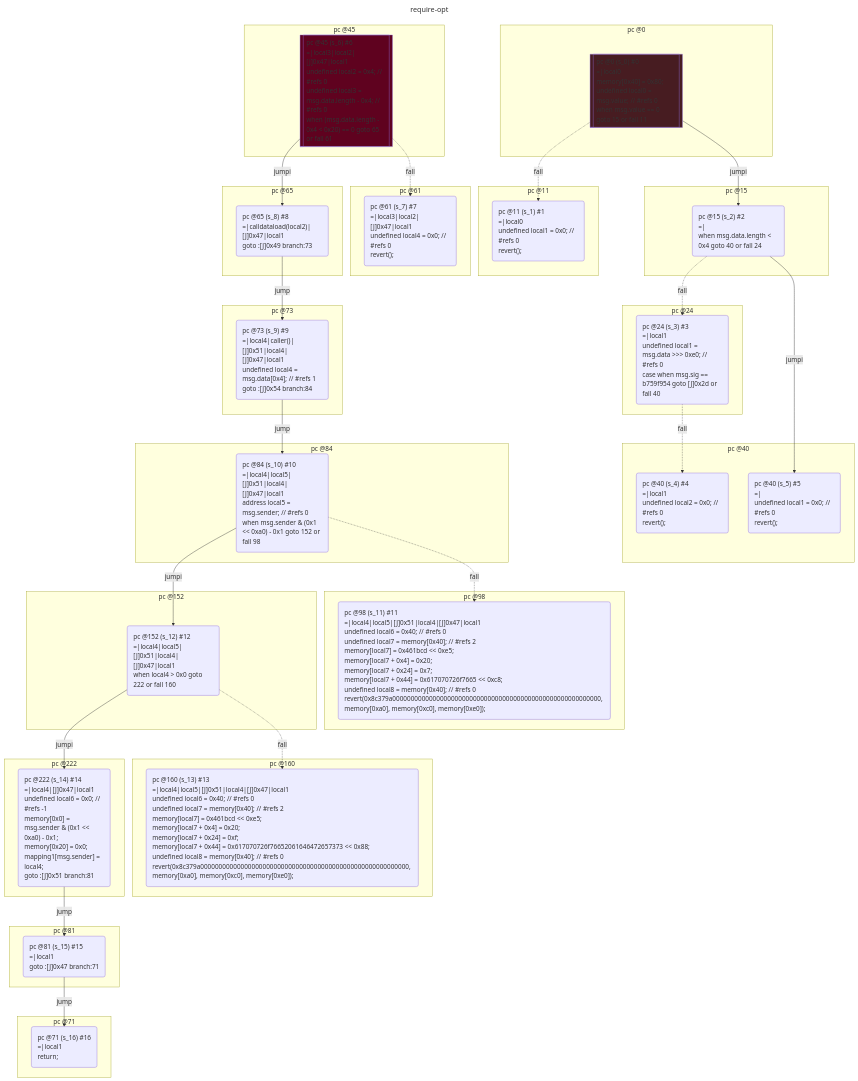
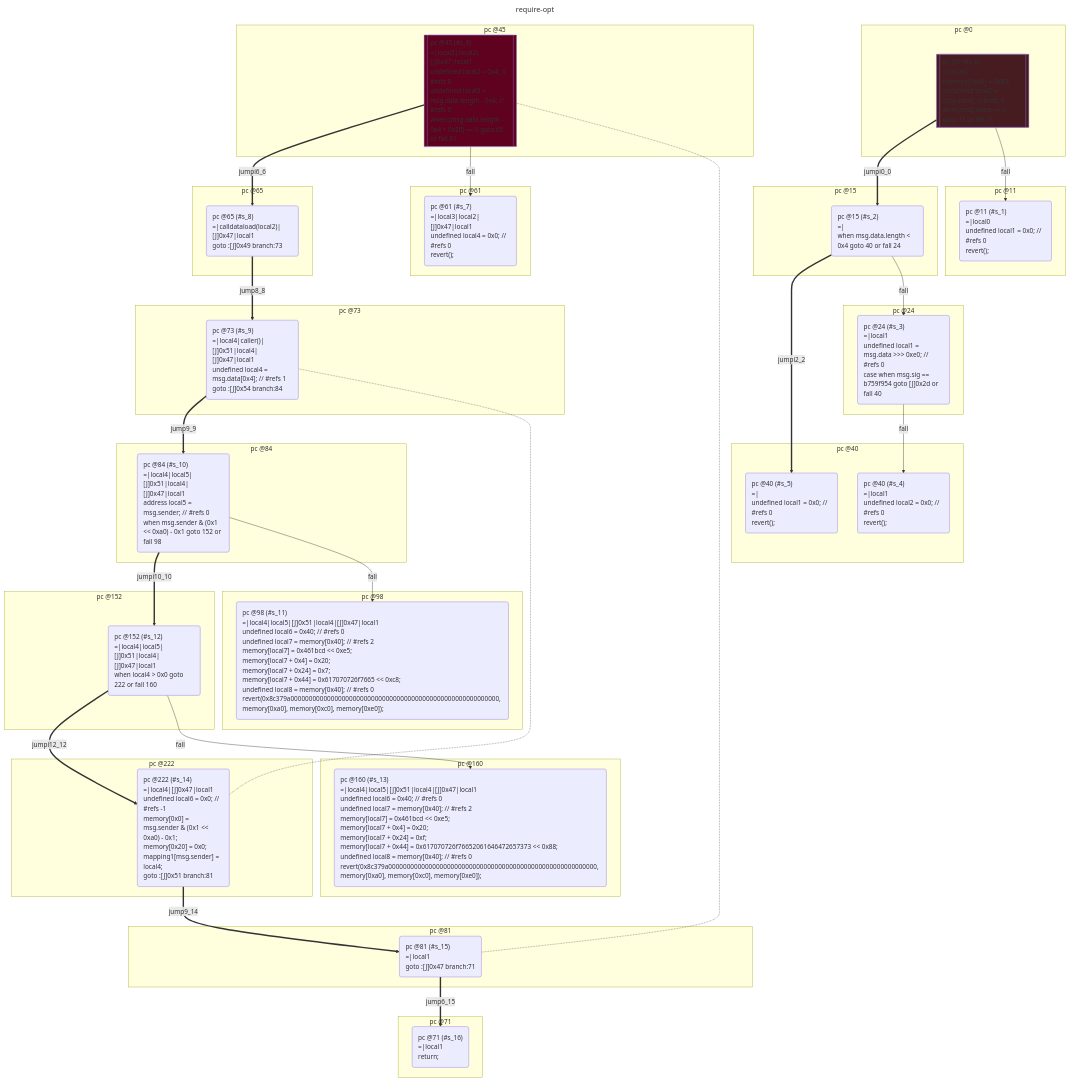
Before and after one commit to acuarica/evm: the second of 2 diagrams in test/__snapshots__/contracts/control/require.snap.md, drawn with Mermaid. The commit also changed other lines of this file and 25 other files, not shown here.

````diff
--- a/test/__snapshots__/contracts/control/require.snap.md
+++ b/test/__snapshots__/contracts/control/require.snap.md
@@ -335,7 +337,7 @@
 flowchart TD
   classDef state text-align:left
   subgraph cluster_0 ["pc @0"]
-    s_0[["pc @0 (s_0) #0
+    s_0[["pc @0 (#s_0)
 =|local0
 memory[0x40] = 0x80;
 undefined local0 = msg.value; // #refs 0
@@ -345,7 +347,7 @@
     style s_0 fill:#471C21
   end
   subgraph cluster_11 ["pc @11"]
-    s_1("pc @11 (s_1) #1
+    s_1("pc @11 (#s_1)
 =|local0
 undefined local1 = 0x0; // #refs 0
 revert();
@@ -353,14 +355,14 @@
     class s_1 state
   end
   subgraph cluster_15 ["pc @15"]
-    s_2("pc @15 (s_2) #2
+    s_2("pc @15 (#s_2)
 =|
 when msg.data.length < 0x4 goto 40 or fall 24
 ")
     class s_2 state
   end
   subgraph cluster_24 ["pc @24"]
-    s_3("pc @24 (s_3) #3
+    s_3("pc @24 (#s_3)
 =|local1
 undefined local1 = msg.data >>> 0xe0; // #refs 0
 case when msg.sig == b759f954 goto [J]0x2d or fall 40
@@ -368,13 +370,13 @@
     class s_3 state
   end
   subgraph cluster_40 ["pc @40"]
-    s_4("pc @40 (s_4) #4
+    s_4("pc @40 (#s_4)
 =|local1
 undefined local2 = 0x0; // #refs 0
 revert();
 ")
     class s_4 state
-    s_5("pc @40 (s_5) #5
+    s_5("pc @40 (#s_5)
 =|
 undefined local1 = 0x0; // #refs 0
 revert();
@@ -382,7 +384,7 @@
     class s_5 state
   end
   subgraph cluster_45 ["pc @45"]
-    s_6[["pc @45 (s_6) #6
+    s_6[["pc @45 (#s_6)
 =|local3|local2|[J]0x47|local1
 undefined local2 = 0x4; // #refs 0
 undefined local3 = msg.data.length - 0x4; // #refs 0
@@ -392,7 +394,7 @@
     style s_6 fill:#5F021F
   end
   subgraph cluster_61 ["pc @61"]
-    s_7("pc @61 (s_7) #7
+    s_7("pc @61 (#s_7)
 =|local3|local2|[J]0x47|local1
 undefined local4 = 0x0; // #refs 0
 revert();
@@ -400,14 +402,14 @@
     class s_7 state
   end
   subgraph cluster_65 ["pc @65"]
-    s_8("pc @65 (s_8) #8
+    s_8("pc @65 (#s_8)
 =|calldataload(local2)|[J]0x47|local1
 goto :[J]0x49 branch:73
 ")
     class s_8 state
   end
   subgraph cluster_73 ["pc @73"]
-    s_9("pc @73 (s_9) #9
+    s_9("pc @73 (#s_9)
 =|local4|caller()|[J]0x51|local4|[J]0x47|local1
 undefined local4 = msg.data[0x4]; // #refs 1
 goto :[J]0x54 branch:84
@@ -415,7 +417,7 @@
     class s_9 state
   end
   subgraph cluster_84 ["pc @84"]
-    s_10("pc @84 (s_10) #10
+    s_10("pc @84 (#s_10)
 =|local4|local5|[J]0x51|local4|[J]0x47|local1
 address local5 = msg.sender; // #refs 0
 when msg.sender & (0x1 << 0xa0) - 0x1 goto 152 or fall 98
@@ -423,7 +425,7 @@
     class s_10 state
   end
   subgraph cluster_98 ["pc @98"]
-    s_11("pc @98 (s_11) #11
+    s_11("pc @98 (#s_11)
 =|local4|local5|[J]0x51|local4|[J]0x47|local1
 undefined local6 = 0x40; // #refs 0
 undefined local7 = memory[0x40]; // #refs 2
@@ -437,14 +439,14 @@
     class s_11 state
   end
   subgraph cluster_152 ["pc @152"]
-    s_12("pc @152 (s_12) #12
+    s_12("pc @152 (#s_12)
 =|local4|local5|[J]0x51|local4|[J]0x47|local1
 when local4 > 0x0 goto 222 or fall 160
 ")
     class s_12 state
   end
   subgraph cluster_160 ["pc @160"]
-    s_13("pc @160 (s_13) #13
+    s_13("pc @160 (#s_13)
 =|local4|local5|[J]0x51|local4|[J]0x47|local1
 undefined local6 = 0x40; // #refs 0
 undefined local7 = memory[0x40]; // #refs 2
@@ -458,7 +460,7 @@
     class s_13 state
   end
   subgraph cluster_222 ["pc @222"]
-    s_14("pc @222 (s_14) #14
+    s_14("pc @222 (#s_14)
 =|local4|[J]0x47|local1
 undefined local6 = 0x0; // #refs -1
 memory[0x0] = msg.sender & (0x1 << 0xa0) - 0x1;
@@ -469,33 +471,35 @@
     class s_14 state
   end
   subgraph cluster_81 ["pc @81"]
-    s_15("pc @81 (s_15) #15
+    s_15("pc @81 (#s_15)
 =|local1
 goto :[J]0x47 branch:71
 ")
     class s_15 state
   end
   subgraph cluster_71 ["pc @71"]
-    s_16("pc @71 (s_16) #16
+    s_16("pc @71 (#s_16)
 =|local1
 return;
 ")
     class s_16 state
   end
-  s_0 -- jumpi --> s_2;
-  s_0 -. fall .-> s_1;
-  s_2 -- jumpi --> s_5;
-  s_2 -. fall .-> s_3;
-  s_3 -. fall .-> s_4;
-  s_6 -- jumpi --> s_8;
-  s_6 -. fall .-> s_7;
-  s_8 -- jump --> s_9;
-  s_9 -- jump --> s_10;
-  s_10 -- jumpi --> s_12;
-  s_10 -. fall .-> s_11;
-  s_12 -- jumpi --> s_14;
-  s_12 -. fall .-> s_13;
-  s_14 -- jump --> s_15;
-  s_15 -- jump --> s_16;
+  s_0 == jumpi0_0 ==> s_2;
+  s_0 -- fall --> s_1;
+  s_2 == jumpi2_2 ==> s_5;
+  s_2 -- fall --> s_3;
+  s_3 -- fall --> s_4;
+  s_6 == jumpi6_6 ==> s_8;
+  s_6 -- fall --> s_7;
+  s_8 == jump8_8 ==> s_9;
+  s_9 == jump9_9 ==> s_10;
+  s_10 == jumpi10_10 ==> s_12;
+  s_10 -- fall --> s_11;
+  s_12 == jumpi12_12 ==> s_14;
+  s_12 -- fall --> s_13;
+  s_14 == jump9_14 ==> s_15;
+  s_9 -...- s_14;
+  s_15 == jump6_15 ==> s_16;
+  s_6 -...- s_15;
 
 ```
````
